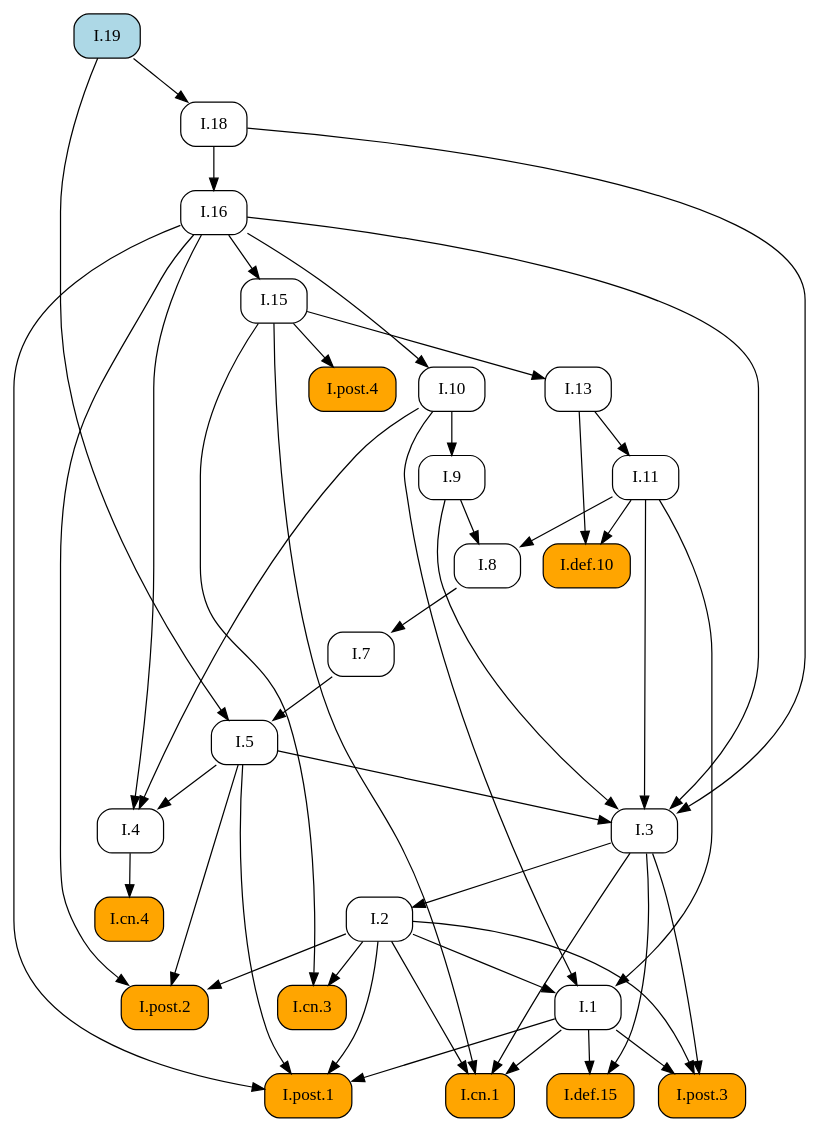
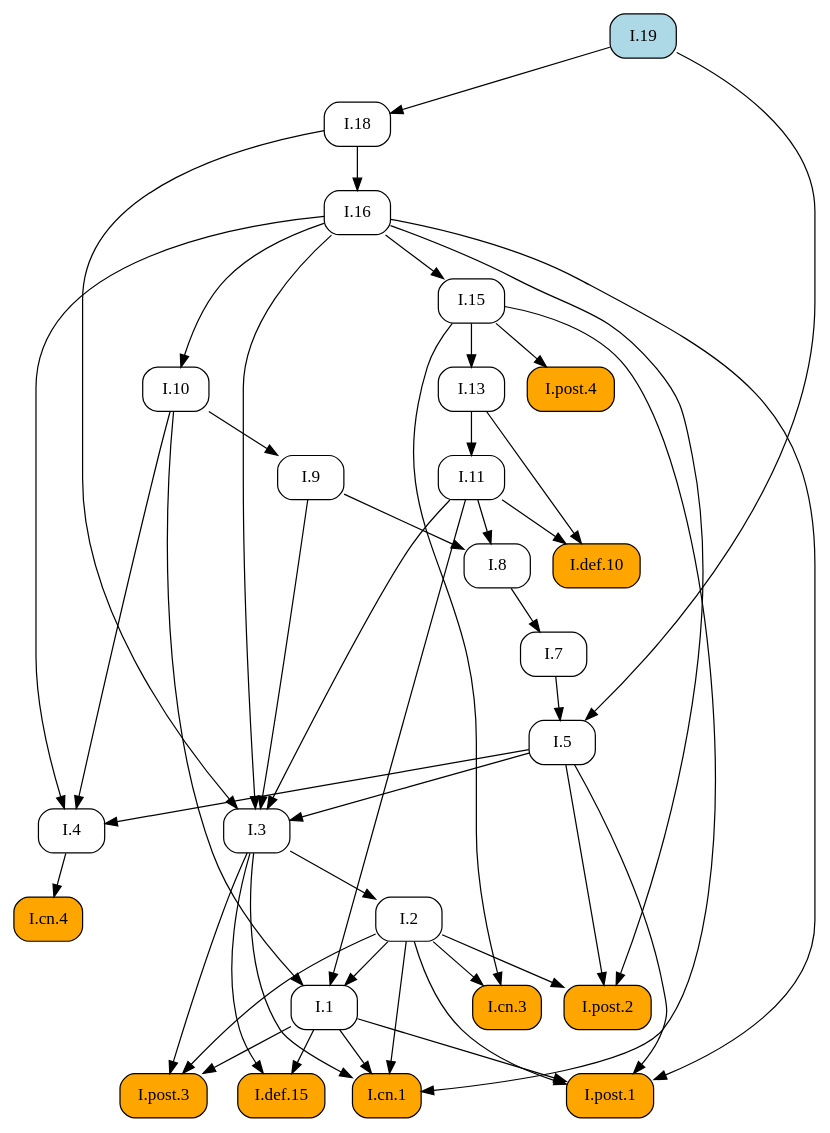
The diagram in docsrc/heath/I/19/index.rst (geometor/elements), drawn with Graphviz before and after one commit. The commit also changed other lines of this file and 1029 other files, not shown here.

```diff
--- a/docsrc/heath/I/19/index.rst
+++ b/docsrc/heath/I/19/index.rst
@@ -44,76 +44,76 @@
 .. graphviz::
 
    digraph {
      rankdir="TB";
      node [shape=box, style=rounded];
+     "I.def.10" [style="rounded,filled", fillcolor=orange, URL="/heath/I/def.10/", target="_top"];
+     "I.11" [URL="/heath/I/11/", target="_top"];
+     "I.post.4" [style="rounded,filled", fillcolor=orange, URL="/heath/I/post.4/", target="_top"];
+     "I.1" [URL="/heath/I/1/", target="_top"];
+     "I.7" [URL="/heath/I/7/", target="_top"];
+     "I.3" [URL="/heath/I/3/", target="_top"];
+     "I.2" [URL="/heath/I/2/", target="_top"];
+     "I.4" [URL="/heath/I/4/", target="_top"];
      "I.13" [URL="/heath/I/13/", target="_top"];
+     "I.post.2" [style="rounded,filled", fillcolor=orange, URL="/heath/I/post.2/", target="_top"];
+     "I.18" [URL="/heath/I/18/", target="_top"];
+     "I.16" [URL="/heath/I/16/", target="_top"];
+     "I.def.15" [style="rounded,filled", fillcolor=orange, URL="/heath/I/def.15/", target="_top"];
+     "I.9" [URL="/heath/I/9/", target="_top"];
+     "I.post.3" [style="rounded,filled", fillcolor=orange, URL="/heath/I/post.3/", target="_top"];
+     "I.19" [style="rounded,filled", fillcolor=lightblue, URL="/heath/I/19/", target="_top"];
+     "I.cn.1" [style="rounded,filled", fillcolor=orange, URL="/heath/I/cn.1/", target="_top"];
      "I.cn.3" [style="rounded,filled", fillcolor=orange, URL="/heath/I/cn.3/", target="_top"];
+     "I.8" [URL="/heath/I/8/", target="_top"];
+     "I.cn.4" [style="rounded,filled", fillcolor=orange, URL="/heath/I/cn.4/", target="_top"];
+     "I.15" [URL="/heath/I/15/", target="_top"];
+     "I.post.1" [style="rounded,filled", fillcolor=orange, URL="/heath/I/post.1/", target="_top"];
+     "I.10" [URL="/heath/I/10/", target="_top"];
      "I.5" [URL="/heath/I/5/", target="_top"];
-     "I.11" [URL="/heath/I/11/", target="_top"];
-     "I.7" [URL="/heath/I/7/", target="_top"];
-     "I.10" [URL="/heath/I/10/", target="_top"];
-     "I.4" [URL="/heath/I/4/", target="_top"];
-     "I.3" [URL="/heath/I/3/", target="_top"];
-     "I.16" [URL="/heath/I/16/", target="_top"];
-     "I.8" [URL="/heath/I/8/", target="_top"];
-     "I.9" [URL="/heath/I/9/", target="_top"];
-     "I.def.10" [style="rounded,filled", fillcolor=orange, URL="/heath/I/def.10/", target="_top"];
-     "I.post.4" [style="rounded,filled", fillcolor=orange, URL="/heath/I/post.4/", target="_top"];
-     "I.post.2" [style="rounded,filled", fillcolor=orange, URL="/heath/I/post.2/", target="_top"];
-     "I.2" [URL="/heath/I/2/", target="_top"];
-     "I.def.15" [style="rounded,filled", fillcolor=orange, URL="/heath/I/def.15/", target="_top"];
-     "I.1" [URL="/heath/I/1/", target="_top"];
-     "I.post.3" [style="rounded,filled", fillcolor=orange, URL="/heath/I/post.3/", target="_top"];
-     "I.post.1" [style="rounded,filled", fillcolor=orange, URL="/heath/I/post.1/", target="_top"];
-     "I.cn.4" [style="rounded,filled", fillcolor=orange, URL="/heath/I/cn.4/", target="_top"];
-     "I.19" [style="rounded,filled", fillcolor=lightblue, URL="/heath/I/19/", target="_top"];
-     "I.15" [URL="/heath/I/15/", target="_top"];
-     "I.cn.1" [style="rounded,filled", fillcolor=orange, URL="/heath/I/cn.1/", target="_top"];
-     "I.18" [URL="/heath/I/18/", target="_top"];
-     "I.15" -> "I.13";
-     "I.2" -> "I.cn.3";
-     "I.15" -> "I.cn.3";
-     "I.7" -> "I.5";
-     "I.19" -> "I.5";
+     "I.11" -> "I.def.10";
+     "I.13" -> "I.def.10";
      "I.13" -> "I.11";
+     "I.15" -> "I.post.4";
+     "I.2" -> "I.1";
+     "I.10" -> "I.1";
+     "I.11" -> "I.1";
      "I.8" -> "I.7";
-     "I.16" -> "I.10";
-     "I.5" -> "I.4";
-     "I.10" -> "I.4";
-     "I.16" -> "I.4";
      "I.5" -> "I.3";
      "I.9" -> "I.3";
      "I.11" -> "I.3";
      "I.16" -> "I.3";
      "I.18" -> "I.3";
-     "I.18" -> "I.16";
-     "I.9" -> "I.8";
-     "I.11" -> "I.8";
-     "I.10" -> "I.9";
-     "I.11" -> "I.def.10";
-     "I.13" -> "I.def.10";
-     "I.15" -> "I.post.4";
+     "I.3" -> "I.2";
+     "I.5" -> "I.4";
+     "I.10" -> "I.4";
+     "I.16" -> "I.4";
+     "I.15" -> "I.13";
      "I.2" -> "I.post.2";
      "I.5" -> "I.post.2";
      "I.16" -> "I.post.2";
-     "I.3" -> "I.2";
+     "I.19" -> "I.18";
+     "I.18" -> "I.16";
      "I.1" -> "I.def.15";
      "I.3" -> "I.def.15";
-     "I.2" -> "I.1";
-     "I.10" -> "I.1";
-     "I.11" -> "I.1";
+     "I.10" -> "I.9";
      "I.1" -> "I.post.3";
      "I.2" -> "I.post.3";
      "I.3" -> "I.post.3";
+     "I.1" -> "I.cn.1";
+     "I.2" -> "I.cn.1";
+     "I.3" -> "I.cn.1";
+     "I.15" -> "I.cn.1";
+     "I.2" -> "I.cn.3";
+     "I.15" -> "I.cn.3";
+     "I.9" -> "I.8";
+     "I.11" -> "I.8";
+     "I.4" -> "I.cn.4";
+     "I.16" -> "I.15";
      "I.1" -> "I.post.1";
      "I.2" -> "I.post.1";
      "I.5" -> "I.post.1";
      "I.16" -> "I.post.1";
-     "I.4" -> "I.cn.4";
-     "I.16" -> "I.15";
-     "I.1" -> "I.cn.1";
-     "I.2" -> "I.cn.1";
-     "I.3" -> "I.cn.1";
-     "I.15" -> "I.cn.1";
-     "I.19" -> "I.18";
+     "I.16" -> "I.10";
+     "I.7" -> "I.5";
+     "I.19" -> "I.5";
    }
```
